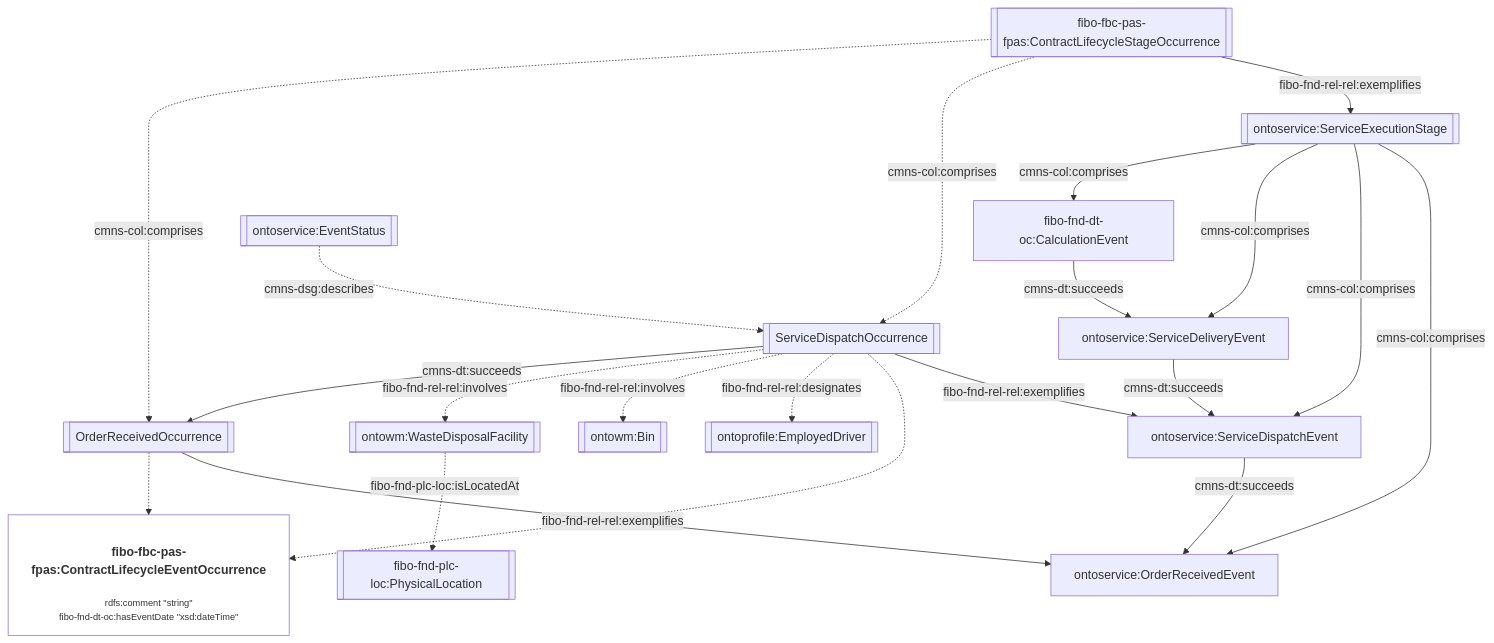
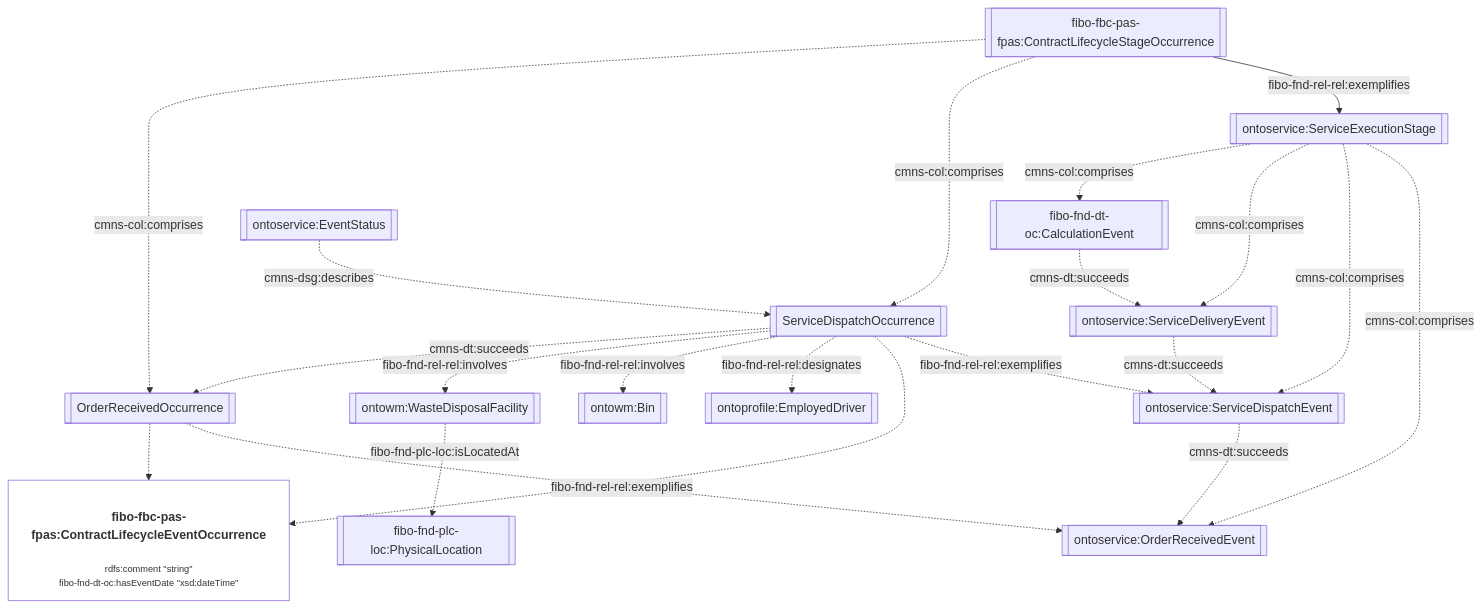
One commit to cambridge-cares/TheWorldAvatar changed the seventh of 13 diagrams in JPS_Ontology/ontology/ontowastemanagement/README.md. Above: the diagram before and after it, drawn with Mermaid. The commit also changed other lines of this file and 2 other files, not shown here.

Commit message:
dev-service-execution-ontology-extension: update documentation based on review comments

````diff
--- a/JPS_Ontology/ontology/ontowastemanagement/README.md
+++ b/JPS_Ontology/ontology/ontowastemanagement/README.md
@@ -275,32 +274,32 @@
 ```mermaid
 flowchart TD
     %% Styling
     classDef literal fill:none
     classDef node overflow-wrap:break-word,text-wrap:pretty
     linkStyle default overflow-wrap:break-word,text-wrap:pretty;
 
     %% Contents
     StageOccurrence[[fibo-fbc-pas-fpas:ContractLifecycleStageOccurrence]] -- fibo-fnd-rel-rel:exemplifies --> ServiceExecutionStage[[ontoservice:ServiceExecutionStage]]
-    ServiceExecutionStage -- cmns-col:comprises --> OrderReceivedEvent[ontoservice:OrderReceivedEvent]
-    ServiceExecutionStage -- cmns-col:comprises --> ServiceDispatchEvent[ontoservice:ServiceDispatchEvent]
-    ServiceExecutionStage -- cmns-col:comprises --> ServiceDeliveryEvent[ontoservice:ServiceDeliveryEvent]
-    ServiceExecutionStage -- cmns-col:comprises --> CalculationEvent[fibo-fnd-dt-oc:CalculationEvent]
-    ServiceDispatchEvent -- cmns-dt:succeeds --> OrderReceivedEvent
-    ServiceDeliveryEvent -- cmns-dt:succeeds --> ServiceDispatchEvent
-    CalculationEvent -- cmns-dt:succeeds --> ServiceDeliveryEvent
+    ServiceExecutionStage -. cmns-col:comprises .-> OrderReceivedEvent[[ontoservice:OrderReceivedEvent]]
+    ServiceExecutionStage -. cmns-col:comprises .-> ServiceDispatchEvent[[ontoservice:ServiceDispatchEvent]]
+    ServiceExecutionStage -. cmns-col:comprises .-> ServiceDeliveryEvent[[ontoservice:ServiceDeliveryEvent]]
+    ServiceExecutionStage -. cmns-col:comprises .-> CalculationEvent[[fibo-fnd-dt-oc:CalculationEvent]]
+    ServiceDispatchEvent -. cmns-dt:succeeds .-> OrderReceivedEvent
+    ServiceDeliveryEvent -. cmns-dt:succeeds .-> ServiceDispatchEvent
+    CalculationEvent -. cmns-dt:succeeds .-> ServiceDeliveryEvent
 
     StageOccurrence -. cmns-col:comprises .-> DispatchOccurrence[[ServiceDispatchOccurrence]]
-    DispatchOccurrence -- fibo-fnd-rel-rel:exemplifies --> ServiceDispatchEvent
+    DispatchOccurrence -. fibo-fnd-rel-rel:exemplifies .-> ServiceDispatchEvent
     DispatchOccurrence -.-> EventOccurrence
 
     DispatchEventStatus[[ontoservice:EventStatus]] -. cmns-dsg:describes .-> DispatchOccurrence
     DispatchOccurrence -. fibo-fnd-rel-rel:designates .-> Driver[[ontoprofile:EmployedDriver]]
     DispatchOccurrence -. fibo-fnd-rel-rel:involves .-> Bin[[ontowm:Bin]]
     DispatchOccurrence -. fibo-fnd-rel-rel:involves .-> Facility[[ontowm:WasteDisposalFacility]]
     Facility -. fibo-fnd-plc-loc:isLocatedAt .-> Location[[fibo-fnd-plc-loc:PhysicalLocation]]
 
     StageOccurrence -. cmns-col:comprises .-> OrderReceivedOccurrence[[OrderReceivedOccurrence]]
-    OrderReceivedOccurrence -- fibo-fnd-rel-rel:exemplifies --> OrderReceivedEvent
+    OrderReceivedOccurrence -. fibo-fnd-rel-rel:exemplifies .-> OrderReceivedEvent
     OrderReceivedOccurrence -.-> EventOccurrence["<h4>fibo-fbc-pas-fpas:ContractLifecycleEventOccurrence</h4><p style='font-size:0.75rem;'>rdfs:comment &quot;string&quot;<br>fibo-fnd-dt-oc:hasEventDate &quot;xsd:dateTime&quot;</p>"]:::literal
-    DispatchOccurrence -- cmns-dt:succeeds --> OrderReceivedOccurrence
+    DispatchOccurrence -. cmns-dt:succeeds .-> OrderReceivedOccurrence
 ```
````
